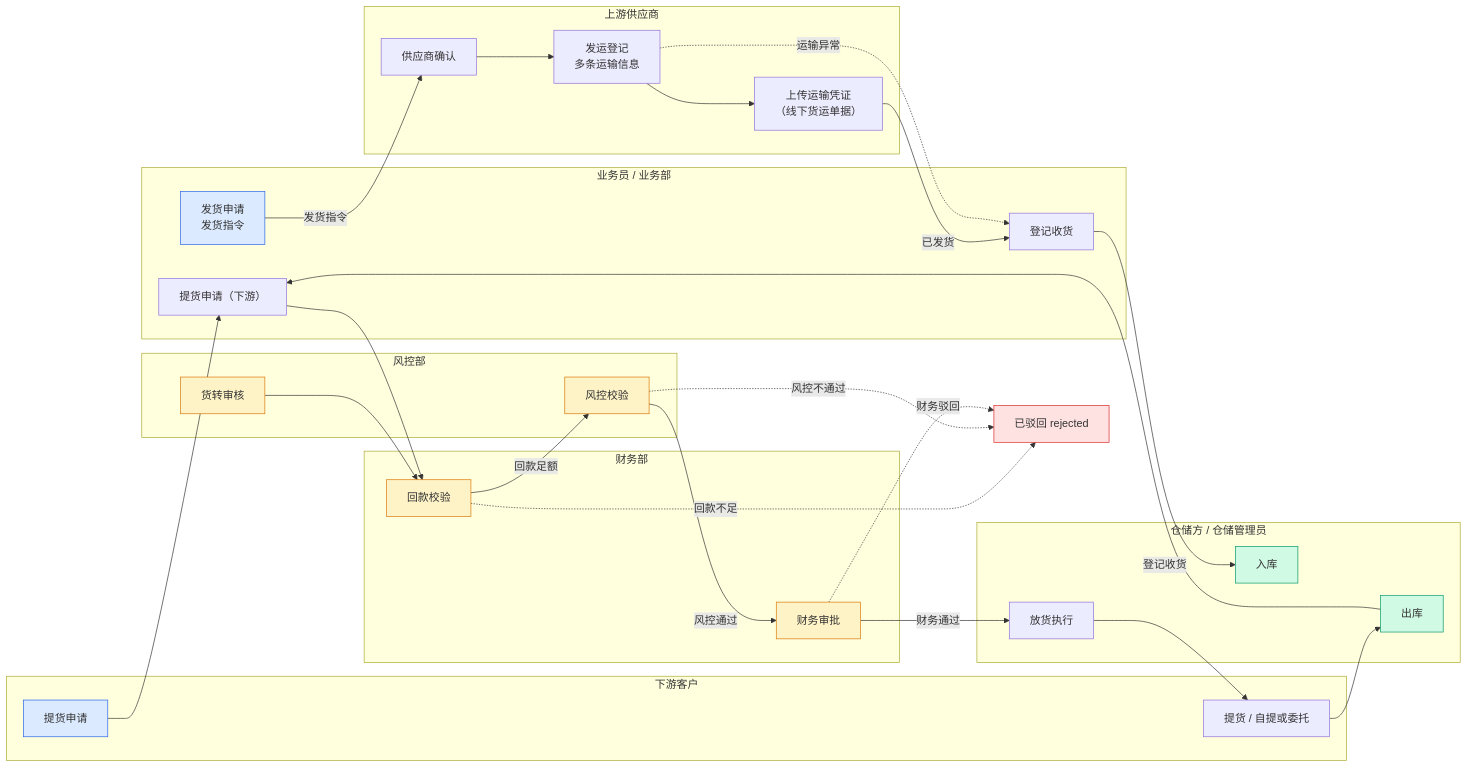
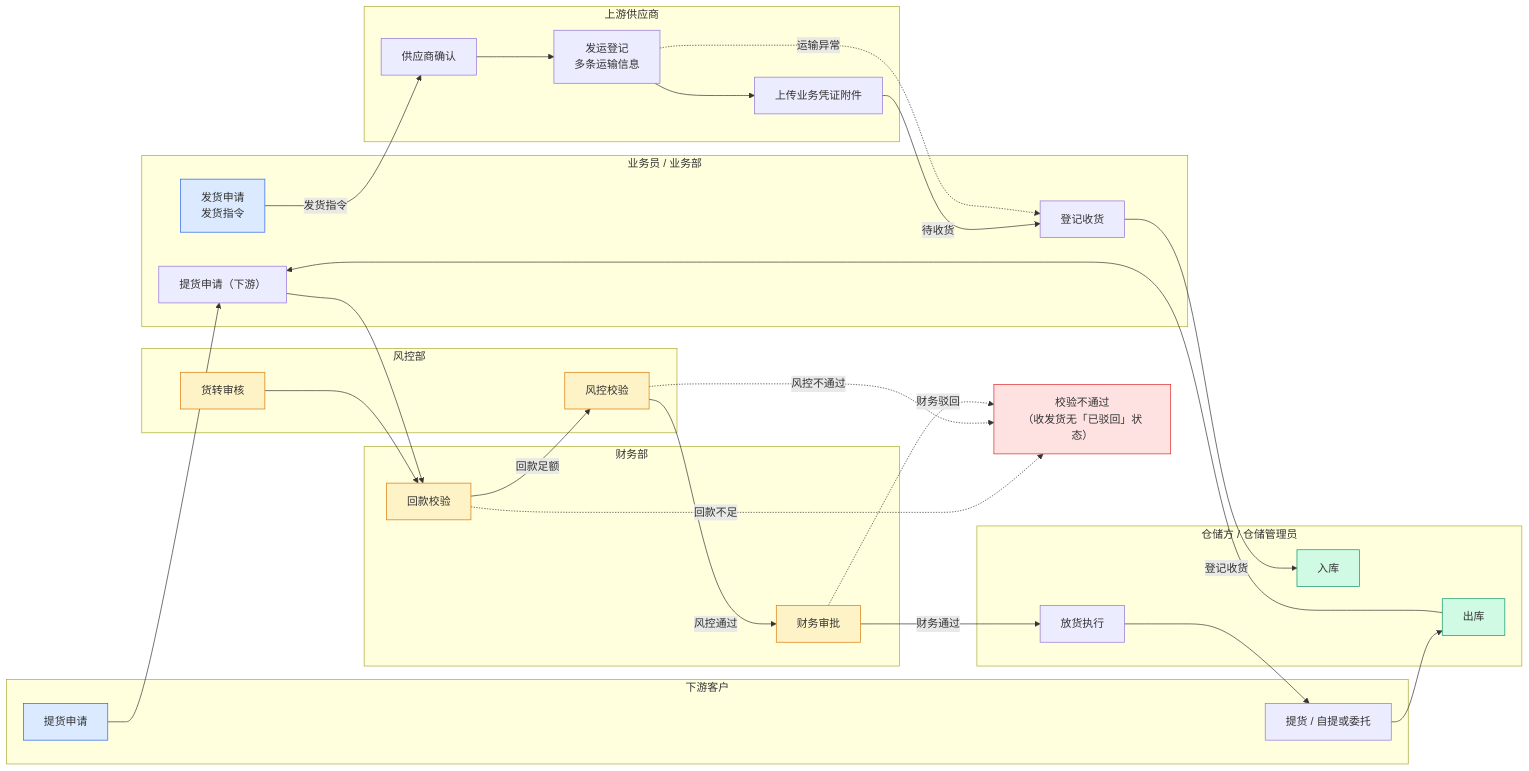
Before and after one commit to Ummyue/gyt-admin: the first of 8 diagrams in docs-v2/02.05-收发货管理.md, drawn with Mermaid. The commit also changed other lines of this file and 40 other files, not shown here.

````diff
--- a/docs-v2/02.05-收发货管理.md
+++ b/docs-v2/02.05-收发货管理.md
@@ -132,63 +167,63 @@
 ```mermaid
 flowchart LR
     subgraph BIZ["业务员 / 业务部"]
         b1["发货申请<br/>发货指令"]
         b2["登记收货"]
         b3["提货申请（下游）"]
     end
 
     subgraph SUP["上游供应商"]
         s1["供应商确认"]
         s2["发运登记<br/>多条运输信息"]
-        s3["上传运输凭证<br/>（线下货运单据）"]
+        s3["上传业务凭证附件"]
     end
 
     subgraph WH["仓储方 / 仓储管理员"]
         w1["入库"]
         w2["放货执行"]
         w3["出库"]
     end
 
     subgraph FIN["财务部"]
         f1["回款校验"]
         f2["财务审批"]
     end
 
     subgraph RISK["风控部"]
         r1["风控校验"]
         r2["货转审核"]
     end
 
     subgraph CUS["下游客户"]
         c1["提货申请"]
         c2["提货 / 自提或委托"]
     end
 
     b1 -->|"发货指令"| s1
     s1 --> s2
     s2 --> s3
-    s3 -->|"已发货"| b2
+    s3 -->|"待收货"| b2
     b2 -->|"登记收货"| w1
     s2 -.->|"运输异常"| b2
     c1 --> b3
     b3 --> f1
     f1 -->|"回款足额"| r1
-    f1 -.->|"回款不足"| end_rejected["已驳回 rejected"]
+    f1 -.->|"回款不足"| end_blocked["校验不通过<br/>（收发货无「已驳回」状态）"]
     r1 -->|"风控通过"| f2
-    r1 -.->|"风控不通过"| end_rejected
+    r1 -.->|"风控不通过"| end_blocked
     f2 -->|"财务通过"| w2
-    f2 -.->|"财务驳回"| end_rejected
+    f2 -.->|"财务驳回"| end_blocked
     w2 --> c2
     c2 --> w3
     w3 --> b3
     r2 --> f1
 
     classDef start fill:#dbeafe,stroke:#2563eb
     classDef done fill:#d1fae5,stroke:#059669
     classDef danger fill:#fee2e2,stroke:#dc2626
     classDef todo fill:#fef3c7,stroke:#d97706
     class b1,c1 start
     class w1,w3 done
-    class end_rejected danger
+    class end_blocked danger
     class f1,r1,f2,r2 todo
 ```
````
